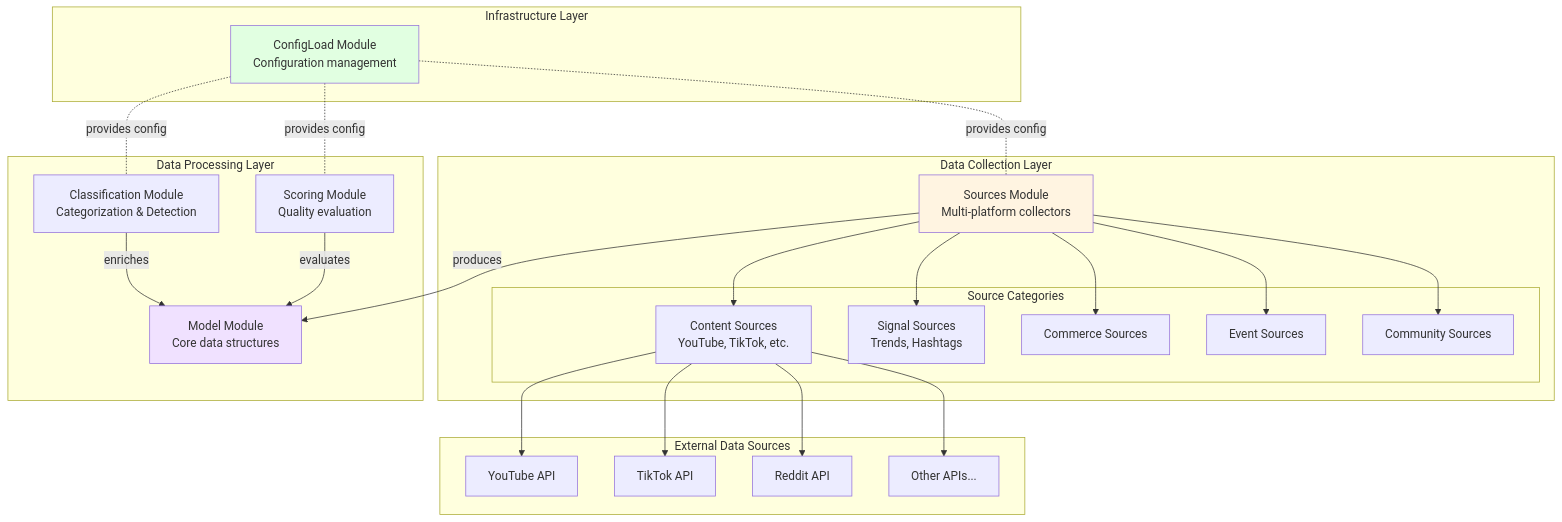
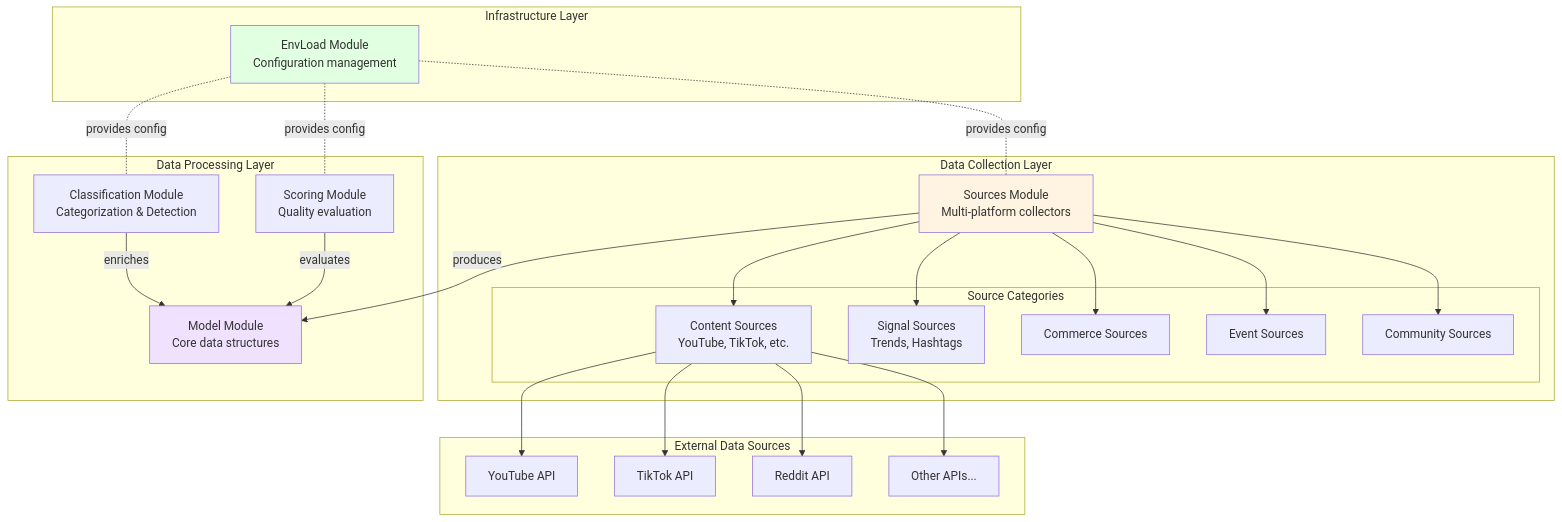
Before and after one commit to Nomoos/PrismQ: the first of 4 diagrams in T/Idea/Inspiration/_meta/docs/ARCHITECTURE.md, drawn with Mermaid. The commit also changed other lines of this file and 31 other files, not shown here.

Commit message:
Create EnvLoad module and update all references from ConfigLoad to EnvLoad

````diff
--- a/T/Idea/Inspiration/_meta/docs/ARCHITECTURE.md
+++ b/T/Idea/Inspiration/_meta/docs/ARCHITECTURE.md
@@ -21,54 +21,54 @@
 ```mermaid
 graph TB
     subgraph "Data Collection Layer"
         Sources[Sources Module<br/>Multi-platform collectors]
         
         subgraph "Source Categories"
             Content[Content Sources<br/>YouTube, TikTok, etc.]
             Signals[Signal Sources<br/>Trends, Hashtags]
             Commerce[Commerce Sources]
             Events[Event Sources]
             Community[Community Sources]
         end
     end
     
     subgraph "Data Processing Layer"
         Model[Model Module<br/>Core data structures]
         Classification[Classification Module<br/>Categorization & Detection]
         Scoring[Scoring Module<br/>Quality evaluation]
     end
     
     subgraph "Infrastructure Layer"
-        ConfigLoad[ConfigLoad Module<br/>Configuration management]
+        EnvLoad[EnvLoad Module<br/>Configuration management]
     end
     
     subgraph "External Data Sources"
         YouTube[YouTube API]
         TikTok[TikTok API]
         Reddit[Reddit API]
         Others[Other APIs...]
     end
     
     Sources --> Content
     Sources --> Signals
     Sources --> Commerce
     Sources --> Events
     Sources --> Community
     
     Content --> YouTube
     Content --> TikTok
     Content --> Reddit
     Content --> Others
     
     Sources -->|produces| Model
     Classification -->|enriches| Model
     Scoring -->|evaluates| Model
     
-    ConfigLoad -.provides config.- Sources
-    ConfigLoad -.provides config.- Classification
-    ConfigLoad -.provides config.- Scoring
+    EnvLoad -.provides config.- Sources
+    EnvLoad -.provides config.- Classification
+    EnvLoad -.provides config.- Scoring
     
     style Model fill:#f0e1ff
     style Sources fill:#fff4e1
-    style ConfigLoad fill:#e1ffe1
+    style EnvLoad fill:#e1ffe1
 ```
````
